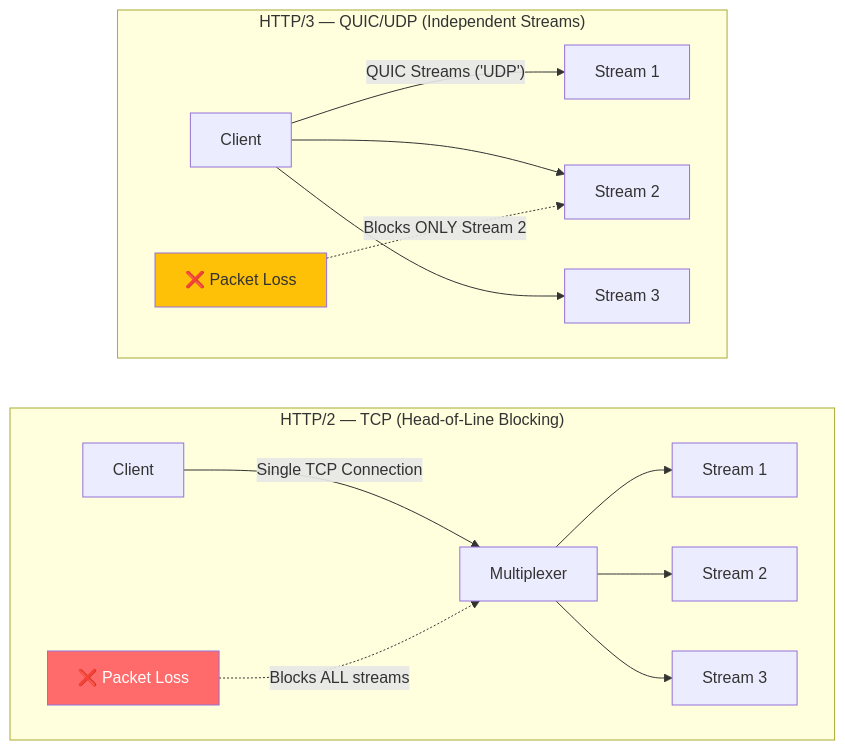
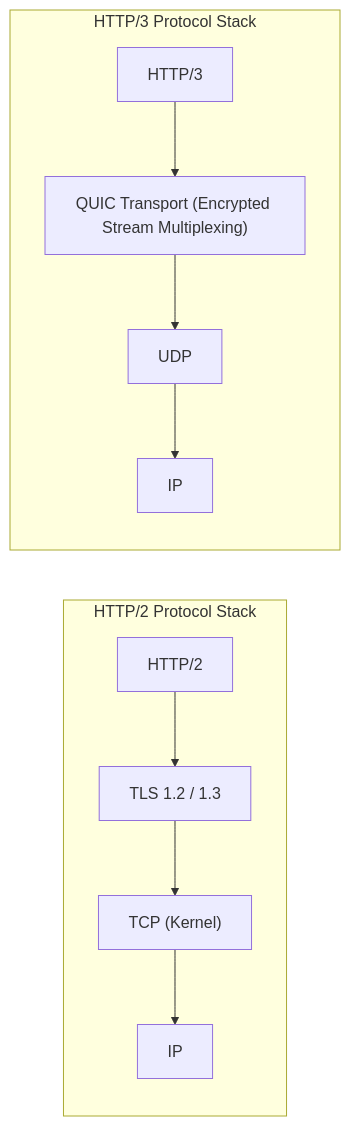
Before and after one commit to vesviet/vesviet: the third of 6 diagrams in content/series/system-design/12-communication-protocols-microservices.md, drawn with Mermaid. The commit also changed other lines of this file and 38 other files, not shown here.

````diff
--- a/content/series/system-design/12-communication-protocols-microservices.md
+++ b/content/series/system-design/12-communication-protocols-microservices.md
@@ -183,22 +92,11 @@
 ```mermaid
-graph LR
-    subgraph h2 ["HTTP/2 — TCP (Head-of-Line Blocking)"]
-        direction LR
-        C1["Client"] -->|"Single TCP Connection"| M1["Multiplexer"]
-        M1 --> S1a["Stream 1"]
-        M1 --> S1b["Stream 2"]
-        M1 --> S1c["Stream 3"]
-        LOSS1["❌ Packet Loss"] -.->|"Blocks ALL streams"| M1
+flowchart LR
+    subgraph TraditionalStack ["HTTP/2 Protocol Stack"]
+        direction TB
+        H2["HTTP/2"] --> TLS12["TLS 1.2 / 1.3"] --> TCP["TCP (Kernel)"] --> IP["IP"]
     end
-
-    subgraph h3 ["HTTP/3 — QUIC/UDP (Independent Streams)"]
-        direction LR
-        C2["Client"] -->|"QUIC Streams ('UDP')"| S2a["Stream 1"]
-        C2 --> S2b["Stream 2"]
-        C2 --> S2c["Stream 3"]
-        LOSS2["❌ Packet Loss"] -.->|"Blocks ONLY Stream 2"| S2b
+    subgraph QUICStack ["HTTP/3 Protocol Stack"]
+        direction TB
+        H3["HTTP/3"] --> QUIC["QUIC Transport (Encrypted Stream Multiplexing)"] --> UDP["UDP"] --> IP2["IP"]
     end
-
-    style LOSS1 fill:#ff6b6b,color:#fff
-    style LOSS2 fill:#ffc107,color:#333
 ```
````
